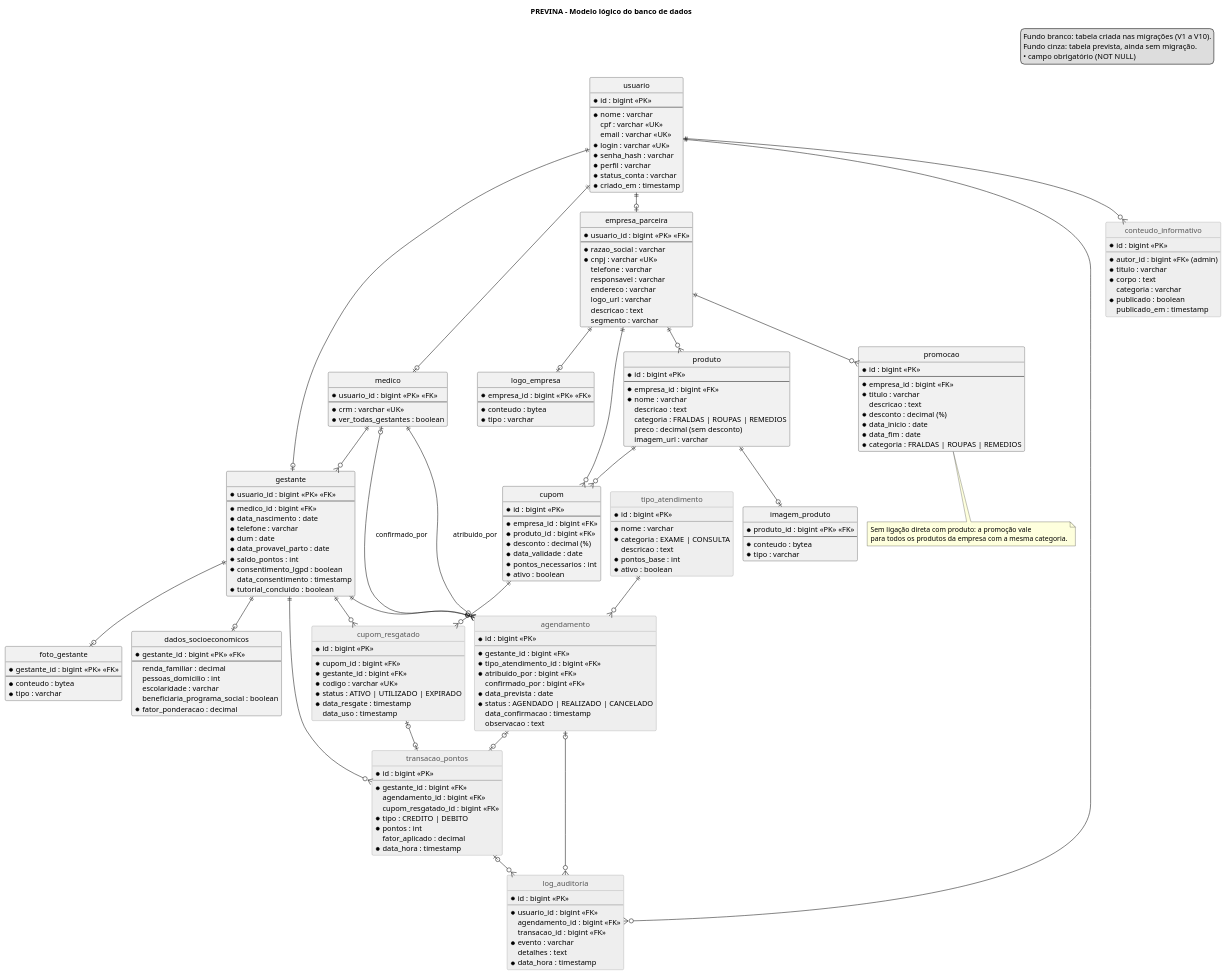
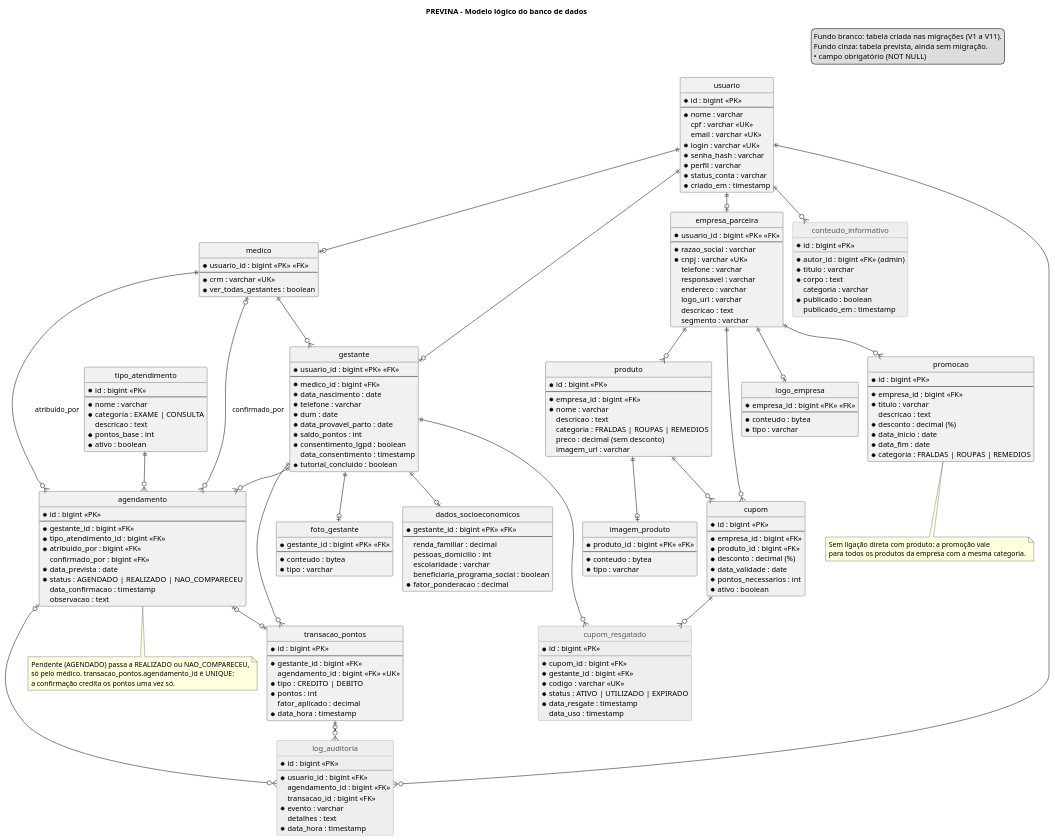
One commit to CozyShelf/previna-backend changed the diagram in docs/domain/dominio/dominio.puml. Above: the diagram before and after it, drawn with PlantUML. The commit also changed 1 other file, not shown here.

Commit message:
docs: agendamentos no modelo lógico e nas decisões
A imagem dominio.png fica pendente: plantuml.jar não está versionado no
repositório e não estava disponível no ambiente. Regerar com
java -jar plantuml.jar -tpng docs/domain/dominio/dominio.puml

```diff
--- a/docs/domain/dominio/dominio.puml
+++ b/docs/domain/dominio/dominio.puml
@@ -10,7 +10,7 @@
 }
 
 legend top right
-  Fundo branco: tabela criada nas migrações (V1 a V10).
+  Fundo branco: tabela criada nas migrações (V1 a V11).
   Fundo cinza: tabela prevista, ainda sem migração.
   • campo obrigatório (NOT NULL)
 endlegend
@@ -127,7 +127,7 @@
   * ativo : boolean
 }
 
-entity tipo_atendimento <<previsto>> {
+entity tipo_atendimento {
   * id : bigint <<PK>>
   --
   * nome : varchar
@@ -137,7 +137,7 @@
   * ativo : boolean
 }
 
-entity agendamento <<previsto>> {
+entity agendamento {
   * id : bigint <<PK>>
   --
   * gestante_id : bigint <<FK>>
@@ -145,17 +145,16 @@
   * atribuido_por : bigint <<FK>>
   confirmado_por : bigint <<FK>>
   * data_prevista : date
-  * status : AGENDADO | REALIZADO | CANCELADO
+  * status : AGENDADO | REALIZADO | NAO_COMPARECEU
   data_confirmacao : timestamp
   observacao : text
 }
 
-entity transacao_pontos <<previsto>> {
+entity transacao_pontos {
   * id : bigint <<PK>>
   --
   * gestante_id : bigint <<FK>>
-  agendamento_id : bigint <<FK>>
-  cupom_resgatado_id : bigint <<FK>>
+  agendamento_id : bigint <<FK>> <<UK>>
   * tipo : CREDITO | DEBITO
   * pontos : int
   fator_aplicado : decimal
@@ -222,9 +221,14 @@
 
 gestante ||--o{ transacao_pontos
 agendamento |o--o| transacao_pontos
-cupom_resgatado |o--o| transacao_pontos
 agendamento |o--o{ log_auditoria
 transacao_pontos |o--o{ log_auditoria
+
+note bottom of agendamento
+  Pendente (AGENDADO) passa a REALIZADO ou NAO_COMPARECEU,
+  só pelo médico. transacao_pontos.agendamento_id é UNIQUE:
+  a confirmação credita os pontos uma vez só.
+end note
 
 note bottom of promocao
   Sem ligação direta com produto: a promoção vale
```
